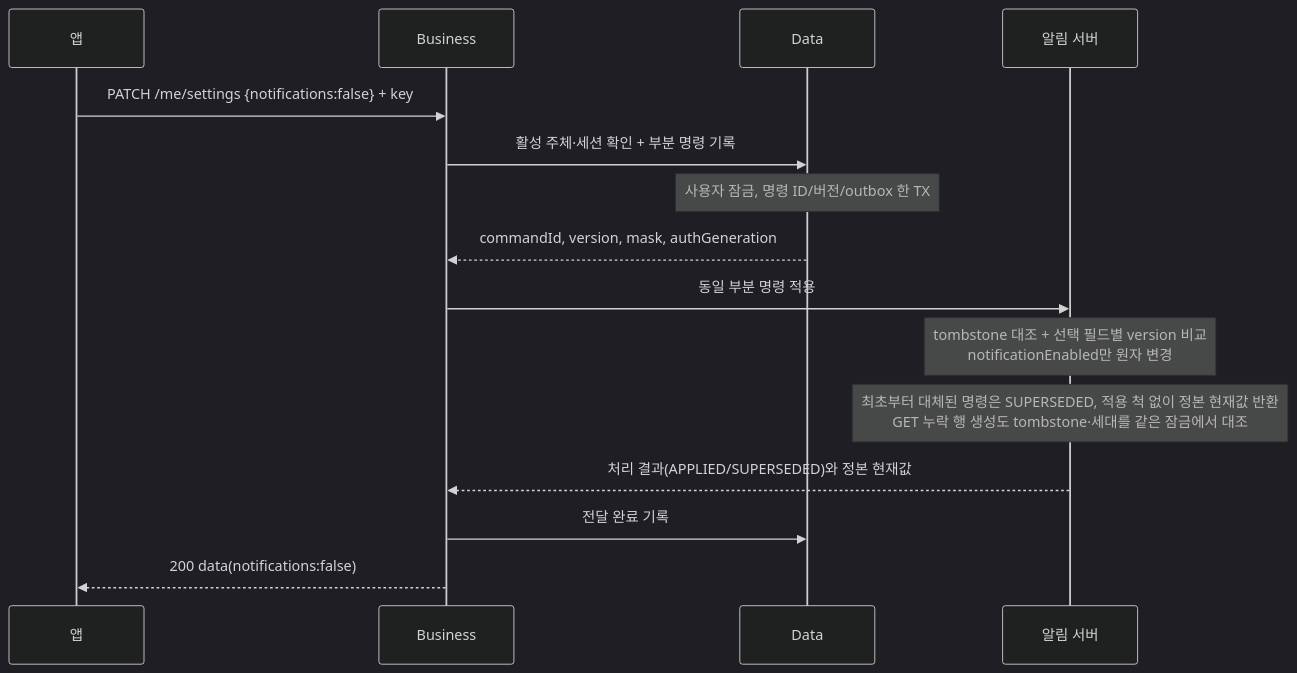
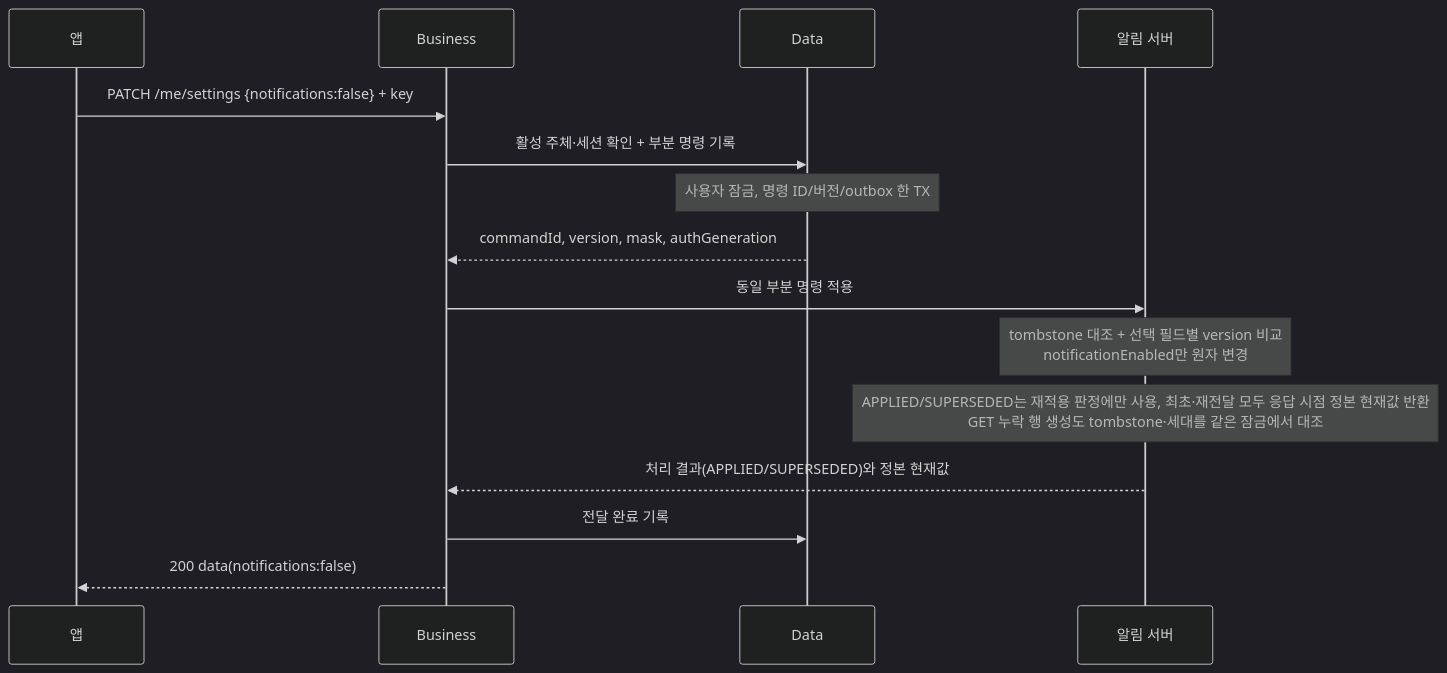
Before and after one commit to OneOrThree/phone: the sixth of 6 diagrams in docs/prd/account/high-level-design.md, drawn with Mermaid (dark theme). The commit also changed 4 other files, not shown here.

````diff
--- a/docs/prd/account/high-level-design.md
+++ b/docs/prd/account/high-level-design.md
@@ -229,17 +229,17 @@
 ```mermaid
 sequenceDiagram
     participant A as 앱
     participant B as Business
     participant D as Data
     participant N as 알림 서버
     A->>B: PATCH /me/settings {notifications:false} + key
     B->>D: 활성 주체·세션 확인 + 부분 명령 기록
     Note over D: 사용자 잠금, 명령 ID/버전/outbox 한 TX
     D-->>B: commandId, version, mask, authGeneration
     B->>N: 동일 부분 명령 적용
     Note over N: tombstone 대조 + 선택 필드별 version 비교<br/>notificationEnabled만 원자 변경
-    Note over N: 최초부터 대체된 명령은 SUPERSEDED, 적용 척 없이 정본 현재값 반환<br/>GET 누락 행 생성도 tombstone·세대를 같은 잠금에서 대조
+    Note over N: APPLIED/SUPERSEDED는 재적용 판정에만 사용, 최초·재전달 모두 응답 시점 정본 현재값 반환<br/>GET 누락 행 생성도 tombstone·세대를 같은 잠금에서 대조
     N-->>B: 처리 결과(APPLIED/SUPERSEDED)와 정본 현재값
     B->>D: 전달 완료 기록
     B-->>A: 200 data(notifications:false)
 ```
````
